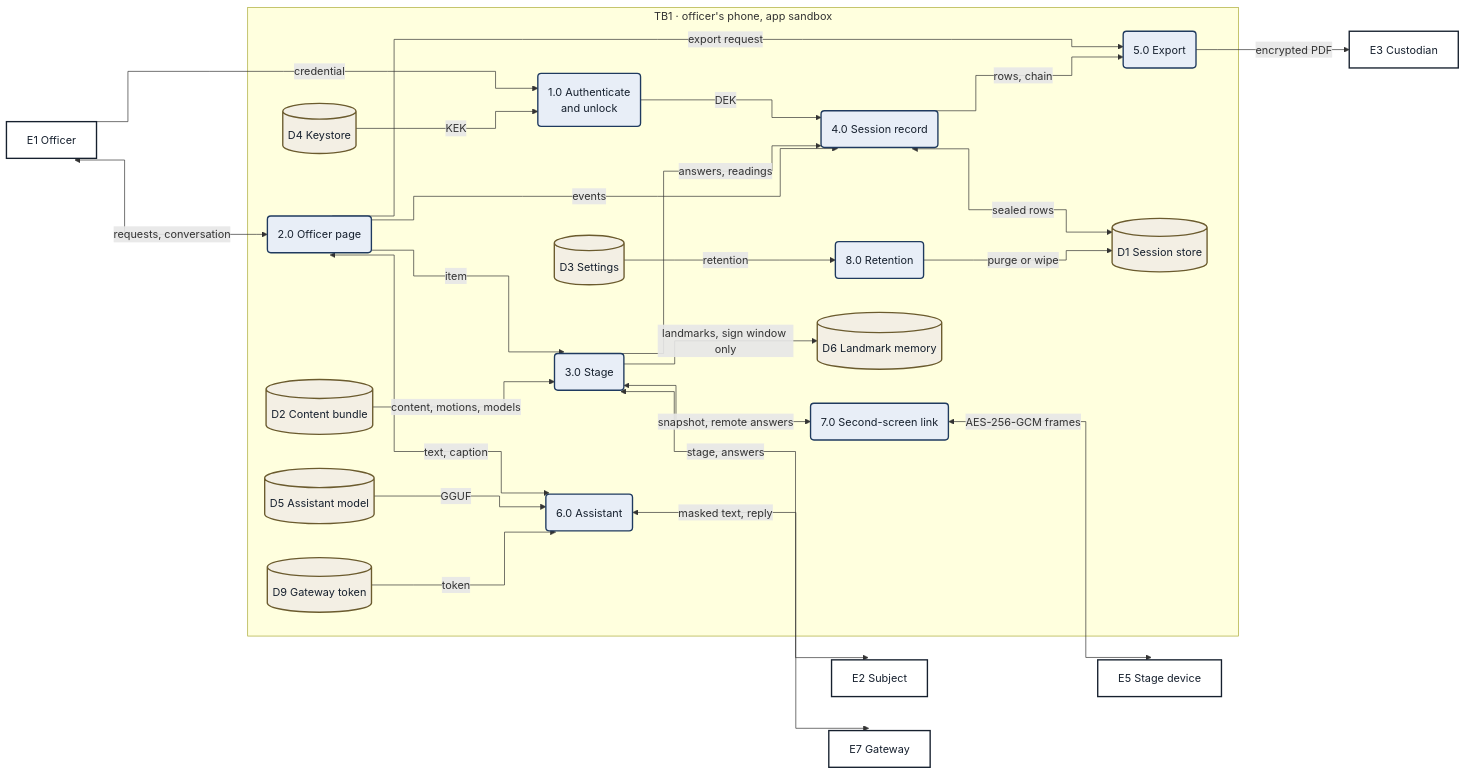
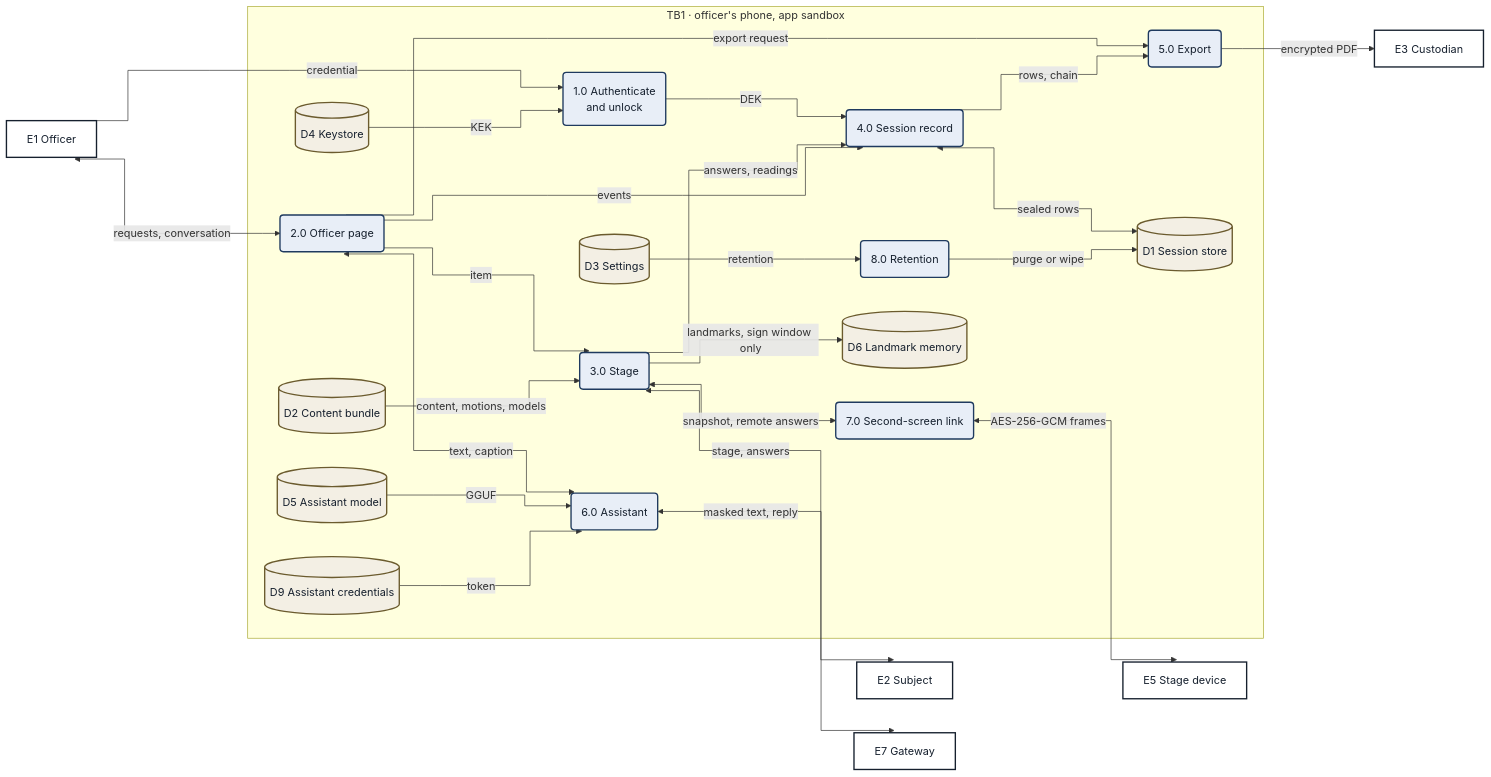
The third of 3 diagrams in docs/README.md (Yash-Awasthi/sign-setu), drawn with Mermaid before and after one commit. The commit also changed other lines of this file and 102 other files, not shown here.

````diff
--- a/docs/README.md
+++ b/docs/README.md
@@ -140,51 +140,51 @@
 ```mermaid
 %%{init: {"flowchart": {"curve": "step"}}}%%
 flowchart LR
     subgraph TB1["TB1 · officer's phone, app sandbox"]
         P1("1.0 Authenticate<br/>and unlock"):::proc
         P2("2.0 Officer page"):::proc
         P3("3.0 Stage"):::proc
         P4("4.0 Session record"):::proc
         P5("5.0 Export"):::proc
         P6("6.0 Assistant"):::proc
         P7("7.0 Second-screen link"):::proc
         P8("8.0 Retention"):::proc
         D1[("D1 Session store")]:::store
         D2[("D2 Content bundle")]:::store
         D3[("D3 Settings")]:::store
         D4[("D4 Keystore")]:::store
         D5[("D5 Assistant model")]:::store
         D6[("D6 Landmark memory")]:::store
-        D9[("D9 Gateway token")]:::store
+        D9[("D9 Assistant credentials")]:::store
     end
     E1["E1 Officer"]:::ent
     E2["E2 Subject"]:::ent
     E5["E5 Stage device"]:::ent
     E7["E7 Gateway"]:::ent
     E3["E3 Custodian"]:::ent
     E1 -- "credential" --> P1
     D4 -- "KEK" --> P1
     P1 -- "DEK" --> P4
     E1 <-- "requests, conversation" --> P2
     P2 -- "item" --> P3
     D2 -- "content, motions, models" --> P3
     P3 <-- "stage, answers" --> E2
     P3 -- "landmarks, sign window only" --> D6
     P3 -- "answers, readings" --> P4
     P2 -- "events" --> P4
     P4 <-- "sealed rows" --> D1
     P2 <-- "text, caption" --> P6
     D5 -- "GGUF" --> P6
     D9 -- "token" --> P6
     P6 <-- "masked text, reply" --> E7
     P3 <-- "snapshot, remote answers" --> P7
     P7 <-- "AES-256-GCM frames" --> E5
     P2 -- "export request" --> P5
     P4 -- "rows, chain" --> P5
     P5 -- "encrypted PDF" --> E3
     D3 -- "retention" --> P8
     P8 -- "purge or wipe" --> D1
     classDef ent fill:#ffffff,stroke:#16202e,stroke-width:2px,color:#16202e
     classDef proc fill:#e8eef7,stroke:#1f3a5f,stroke-width:2px,color:#16202e
     classDef store fill:#f3efe4,stroke:#6b5b2e,stroke-width:2px,color:#16202e
 ```
````
